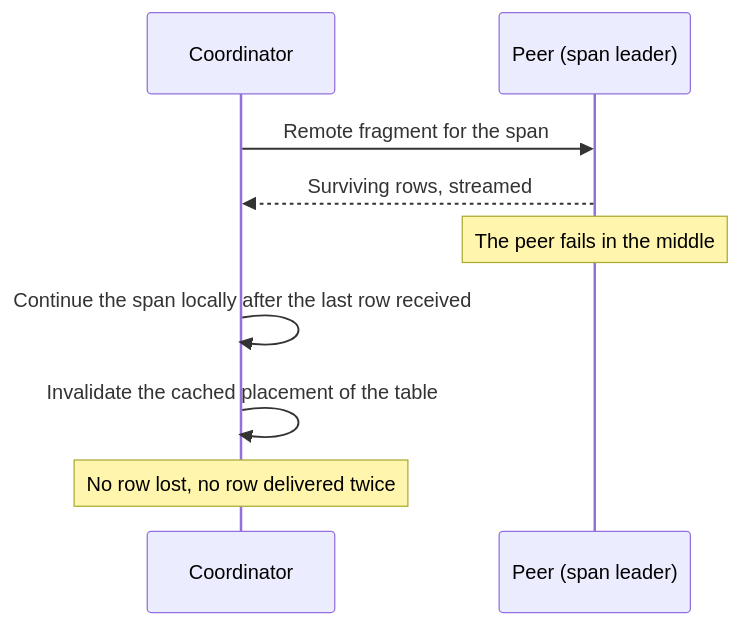
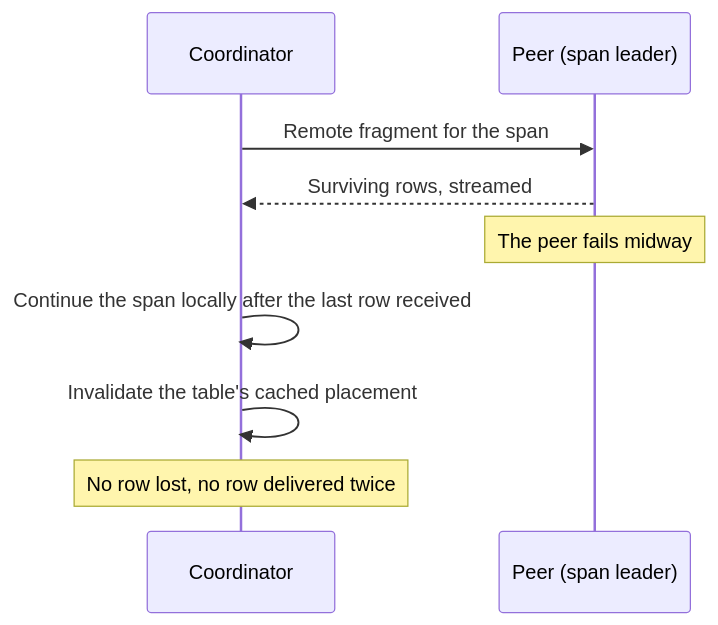
Before and after one commit to camusdb/camusdb.github.io: the second of 3 diagrams in docs/distributed-queries.md, drawn with Mermaid. The commit also changed other lines of this file and 174 other files, not shown here.

````diff
--- a/docs/distributed-queries.md
+++ b/docs/distributed-queries.md
@@ -179,11 +173,11 @@
 ```mermaid
 sequenceDiagram
     participant Co as Coordinator
     participant P as Peer (span leader)
     Co->>P: Remote fragment for the span
     P-->>Co: Surviving rows, streamed
-    Note over P: The peer fails in the middle
+    Note over P: The peer fails midway
     Co->>Co: Continue the span locally after the last row received
-    Co->>Co: Invalidate the cached placement of the table
+    Co->>Co: Invalidate the table's cached placement
     Note over Co: No row lost, no row delivered twice
 ```
````
